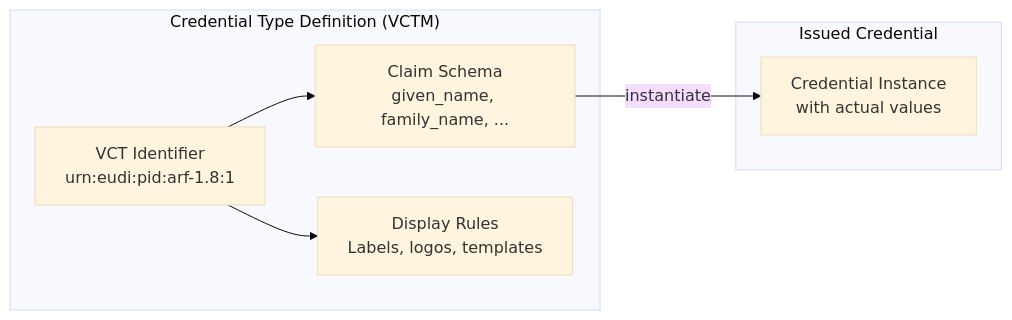
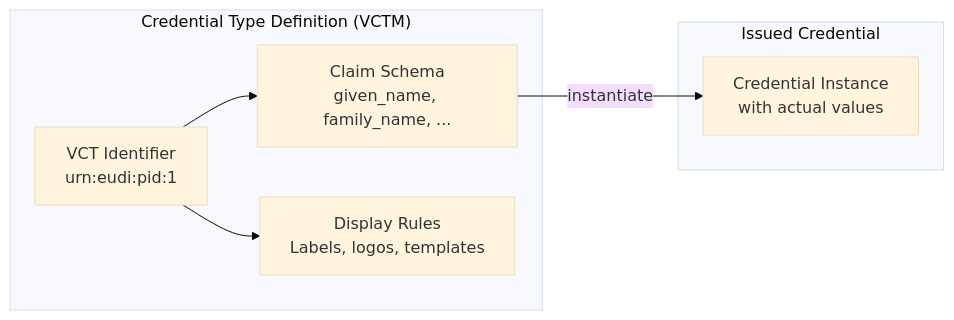
The third of 10 diagrams in docs/sirosid/issuers/concepts.md (sirosfoundation/docs), drawn with Mermaid (base theme) before and after one commit. The commit also changed other lines of this file and 15 other files, not shown here.

````diff
--- a/docs/sirosid/issuers/concepts.md
+++ b/docs/sirosid/issuers/concepts.md
@@ -134,17 +135,17 @@
 ```mermaid
 graph LR
     subgraph "Credential Type Definition (VCTM)"
-        VCT["VCT Identifier<br/>urn:eudi:pid:arf-1.8:1"]
+        VCT["VCT Identifier<br/>urn:eudi:pid:1"]
         Claims["Claim Schema<br/>given_name, family_name, ..."]
         Display["Display Rules<br/>Labels, logos, templates"]
     end
 
     VCT --> Claims
     VCT --> Display
 
     subgraph "Issued Credential"
         Instance["Credential Instance<br/>with actual values"]
     end
 
     Claims -->|instantiate| Instance
 ```
````
